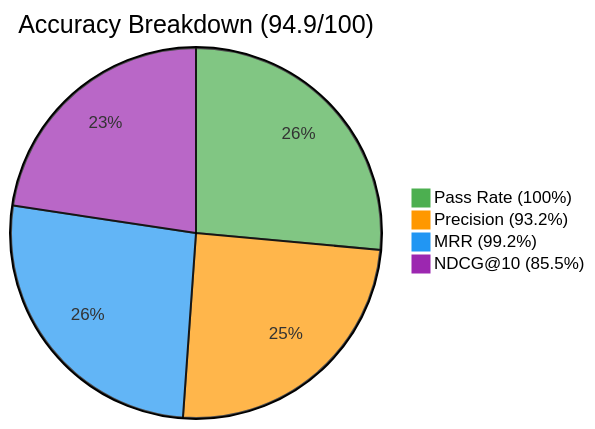
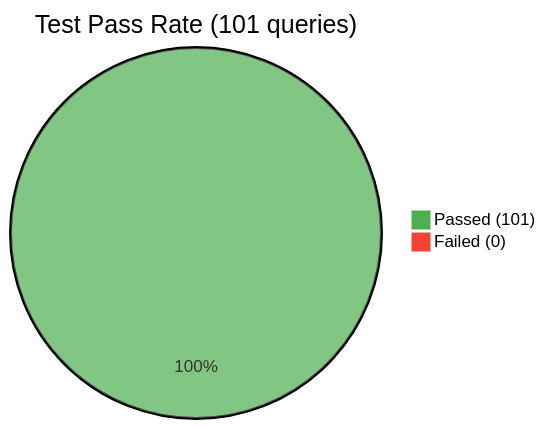
One commit to krejcif/magector changed the sixth of 10 diagrams in README.md. Above: the diagram before and after it, drawn with Mermaid. The commit also changed other lines of this file and 1 other file, not shown here.

First line of the commit message:
Optimize Mermaid diagrams for GitHub viewer and fix parse errors

````diff
--- a/README.md
+++ b/README.md
@@ -423,15 +425,11 @@
 ```mermaid
 ---
 config:
   themeVariables:
     pie1: "#4caf50"
-    pie2: "#ff9800"
-    pie3: "#2196f3"
-    pie4: "#9c27b0"
+    pie2: "#f44336"
 ---
-pie title Accuracy Breakdown (94.9/100)
-  "Pass Rate (100%)" : 100
-  "Precision (93.2%)" : 93.2
-  "MRR (99.2%)" : 99.2
-  "NDCG@10 (85.5%)" : 85.5
+pie title Test Pass Rate (101 queries)
+  "Passed (101)" : 101
+  "Failed (0)" : 0
 ```
````
